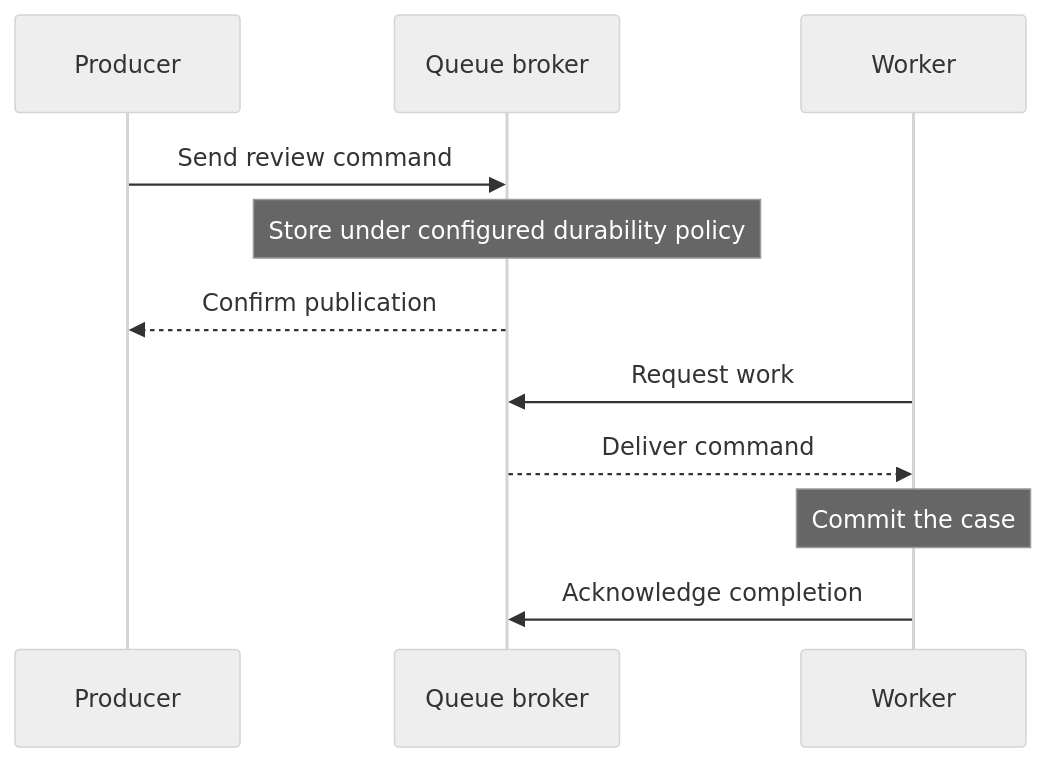
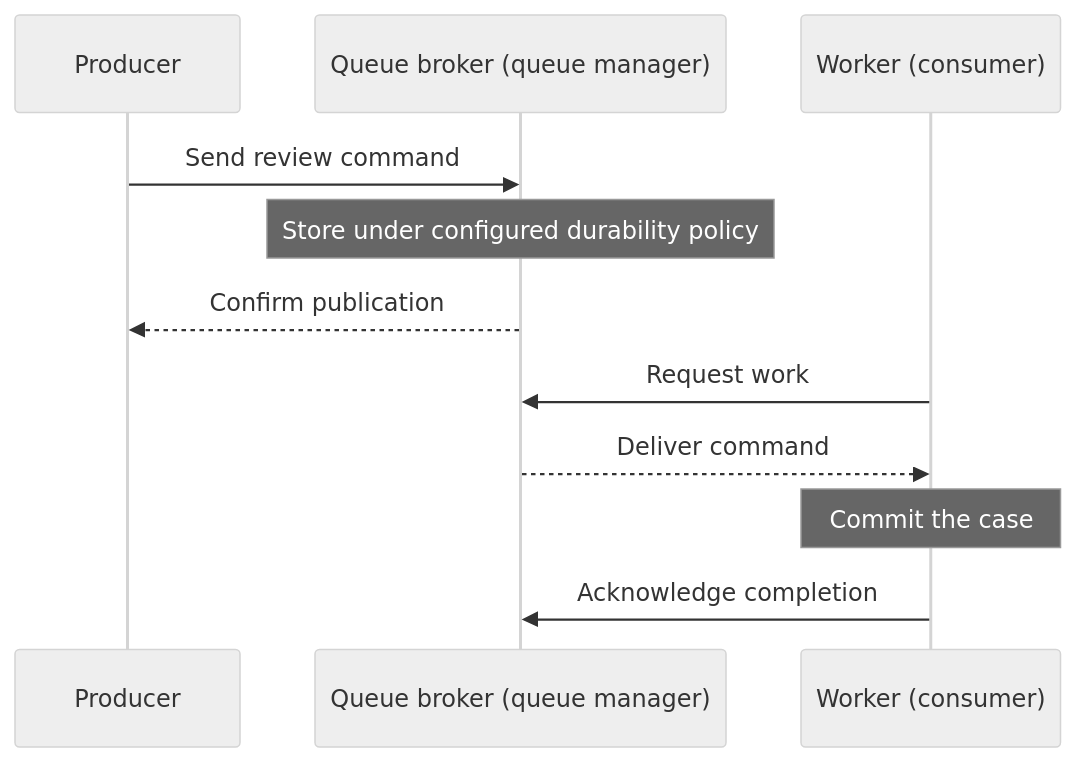
The third of 6 diagrams in System-Design/Distributed-Messaging-and-Event-Driven-Architecture.md (GasimV/Self-Study-Tech-Projects), drawn with Mermaid (neutral theme) before and after one commit. The commit also changed other lines of this file, not shown here.

Commit message:
docs: Enhance Work Queue section with detailed explanations and flowcharts

````diff
--- a/System-Design/Distributed-Messaging-and-Event-Driven-Architecture.md
+++ b/System-Design/Distributed-Messaging-and-Event-Driven-Architecture.md
@@ -98,13 +120,13 @@
 ```mermaid
 sequenceDiagram
     participant P as Producer
-    participant Q as Queue broker
-    participant W as Worker
+    participant Q as Queue broker (queue manager)
+    participant W as Worker (consumer)
     P->>Q: Send review command
     Note over Q: Store under configured durability policy
     Q-->>P: Confirm publication
     W->>Q: Request work
     Q-->>W: Deliver command
     Note over W: Commit the case
     W->>Q: Acknowledge completion
 ```
````
